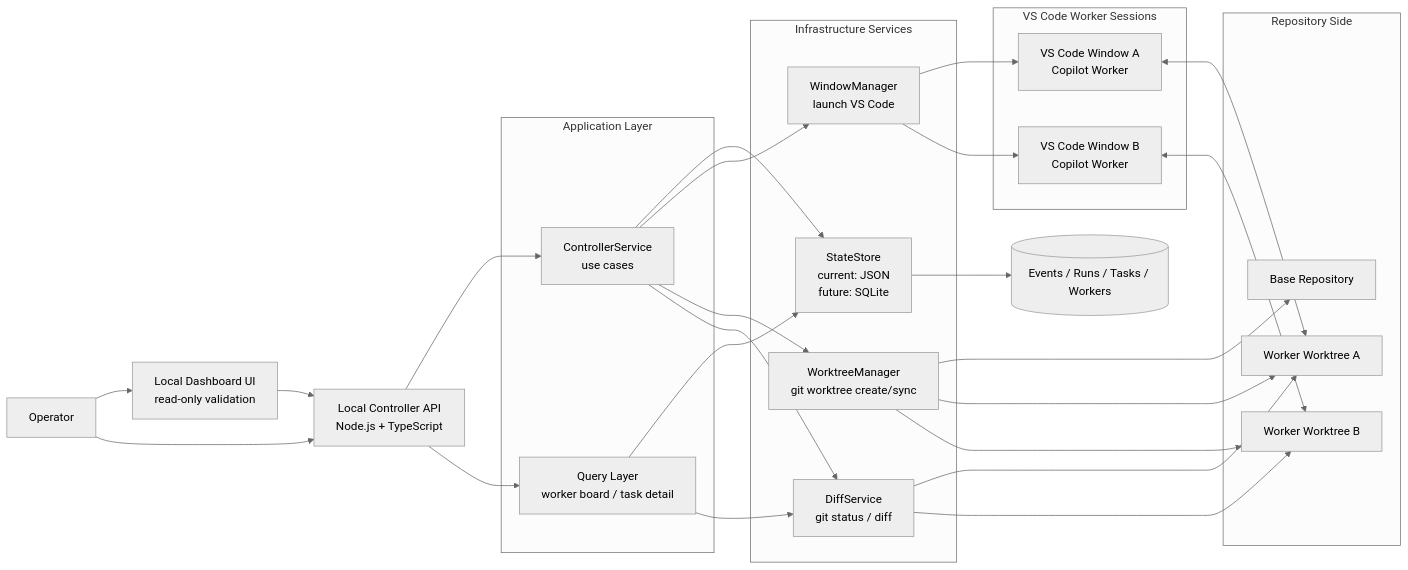
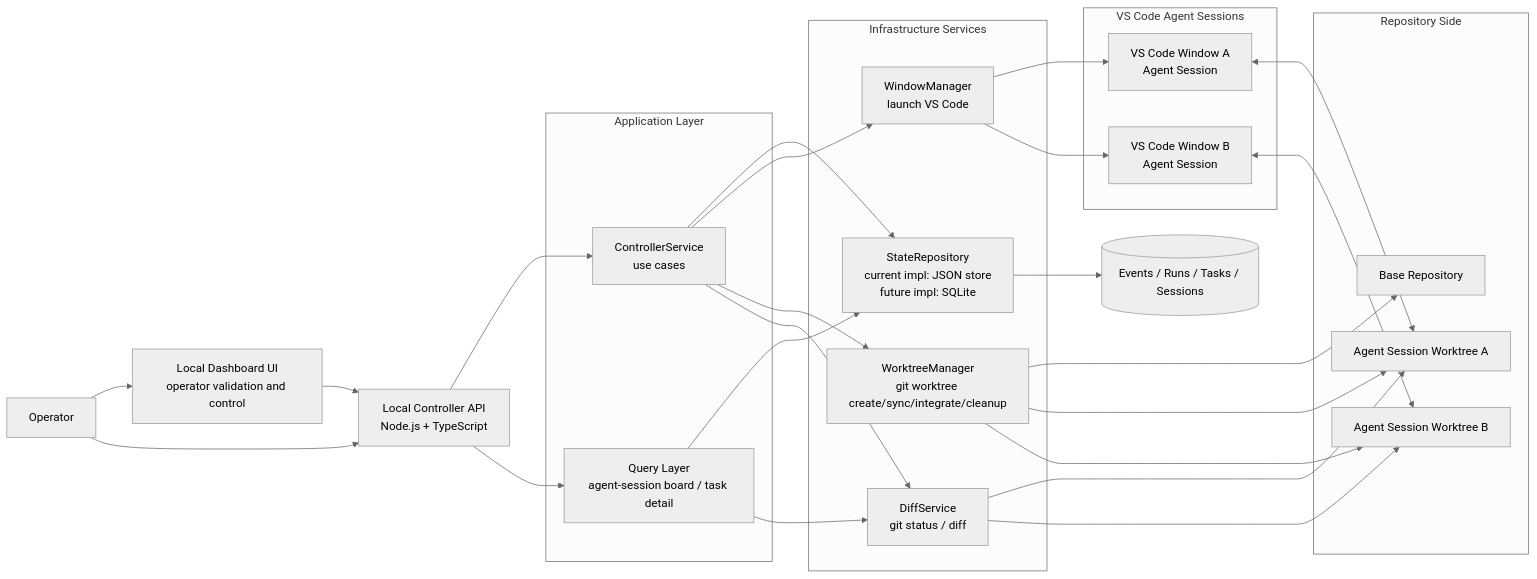
The diagram in ARCHITECTURE.md (Justin0087/open-agent-center), drawn with Mermaid (neutral theme) before and after one commit. The commit also changed other lines of this file and 14 other files, not shown here.

````diff
--- a/ARCHITECTURE.md
+++ b/ARCHITECTURE.md
@@ -9,59 +9,59 @@
 ```mermaid
 flowchart LR
     Operator[Operator]
-    Dashboard[Local Dashboard UI\nread-only validation]
+    Dashboard[Local Dashboard UI\noperator validation and control]
     Controller[Local Controller API\nNode.js + TypeScript]
 
     subgraph App[Application Layer]
         Orchestrator[ControllerService\nuse cases]
-        Queries[Query Layer\nworker board / task detail]
+        Queries[Query Layer\nagent-session board / task detail]
     end
 
     subgraph Infra[Infrastructure Services]
-        StateStore[StateStore\ncurrent: JSON\nfuture: SQLite]
+        StateRepo[StateRepository\ncurrent impl: JSON store\nfuture impl: SQLite]
         WindowManager[WindowManager\nlaunch VS Code]
-        WorktreeManager[WorktreeManager\ngit worktree create/sync]
+        WorktreeManager[WorktreeManager\ngit worktree create/sync/integrate/cleanup]
         DiffService[DiffService\ngit status / diff]
     end
 
     subgraph Repo[Repository Side]
         MainRepo[Base Repository]
-        WorktreeA[Worker Worktree A]
-        WorktreeB[Worker Worktree B]
+        WorktreeA[Agent Session Worktree A]
+        WorktreeB[Agent Session Worktree B]
     end
 
-    subgraph Workers[VS Code Worker Sessions]
-        VSCodeA[VS Code Window A\nCopilot Worker]
-        VSCodeB[VS Code Window B\nCopilot Worker]
+    subgraph Workers[VS Code Agent Sessions]
+        VSCodeA[VS Code Window A\nAgent Session]
+        VSCodeB[VS Code Window B\nAgent Session]
     end
 
     Operator --> Dashboard
     Operator --> Controller
     Dashboard --> Controller
 
     Controller --> Orchestrator
     Controller --> Queries
 
-    Orchestrator --> StateStore
+    Orchestrator --> StateRepo
     Orchestrator --> WindowManager
     Orchestrator --> WorktreeManager
     Orchestrator --> DiffService
 
-    Queries --> StateStore
+    Queries --> StateRepo
     Queries --> DiffService
 
     WorktreeManager --> MainRepo
     WorktreeManager --> WorktreeA
     WorktreeManager --> WorktreeB
 
     WindowManager --> VSCodeA
     WindowManager --> VSCodeB
 
     VSCodeA <--> WorktreeA
     VSCodeB <--> WorktreeB
 
     DiffService --> WorktreeA
     DiffService --> WorktreeB
 
-    StateStore --> Events[(Events / Runs / Tasks / Workers)]
+    StateRepo --> Events[(Events / Runs / Tasks / Sessions)]
 ```
````
